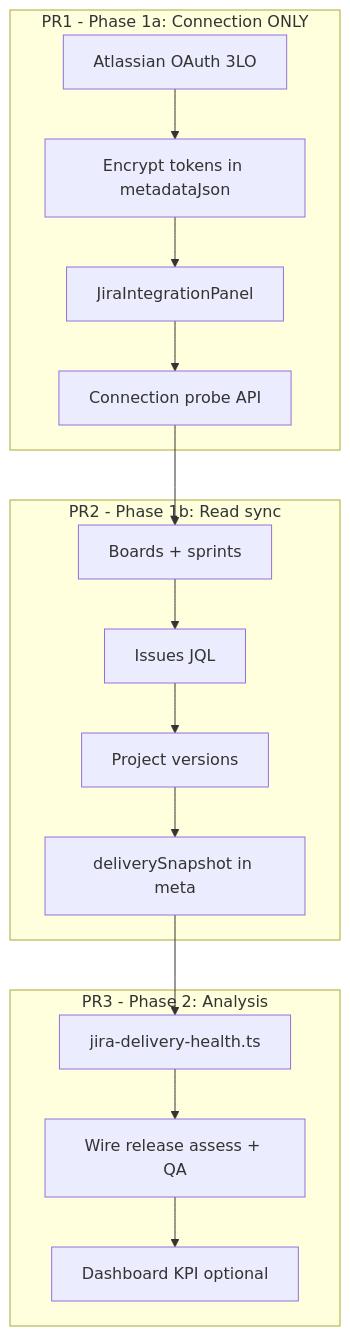
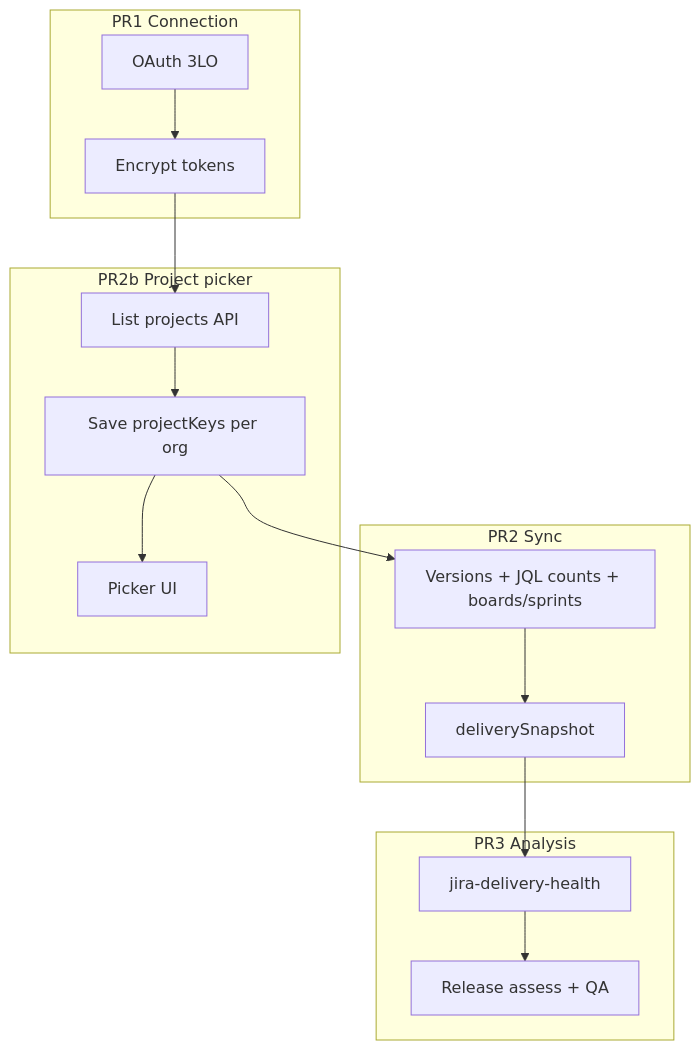
Before and after one commit to mohdmusthafaneo/drydock-ai: the second of 2 diagrams in docs/jira-integration.md, drawn with Mermaid. The commit also changed other lines of this file and 9 other files, not shown here.

First line of the commit message:
feat(integrations): Jira read sync and per-org project picker (PR2/PR2b)

````diff
--- a/docs/jira-integration.md
+++ b/docs/jira-integration.md
@@ -95,23 +122,22 @@
 ```mermaid
 flowchart TB
-  subgraph pr1 [PR1 - Phase 1a: Connection ONLY]
-    O[Atlassian OAuth 3LO]
-    T[Encrypt tokens in metadataJson]
-    U[JiraIntegrationPanel]
-    P[Connection probe API]
+  subgraph pr1 [PR1 Connection]
+    O[OAuth 3LO]
+    T[Encrypt tokens]
   end
-  subgraph pr2 [PR2 - Phase 1b: Read sync]
-    S[Boards + sprints]
-    I[Issues JQL]
-    V[Project versions]
-    M[deliverySnapshot in meta]
+  subgraph pr2 [PR2 Sync]
+    S[Versions + JQL counts + boards/sprints]
+    M[deliverySnapshot]
   end
-  subgraph pr3 [PR3 - Phase 2: Analysis]
-    H[jira-delivery-health.ts]
-    A[Wire release assess + QA]
-    D[Dashboard KPI optional]
+  subgraph pr2b [PR2b Project picker]
+    L[List projects API]
+    P[Save projectKeys per org]
+    U[Picker UI]
   end
-  O --> T --> U --> P
-  P --> S --> I --> V --> M
-  M --> H --> A --> D
+  subgraph pr3 [PR3 Analysis]
+    H[jira-delivery-health]
+    A[Release assess + QA]
+  end
+  O --> T --> L --> P --> U
+  P --> S --> M --> H --> A
 ```
````
